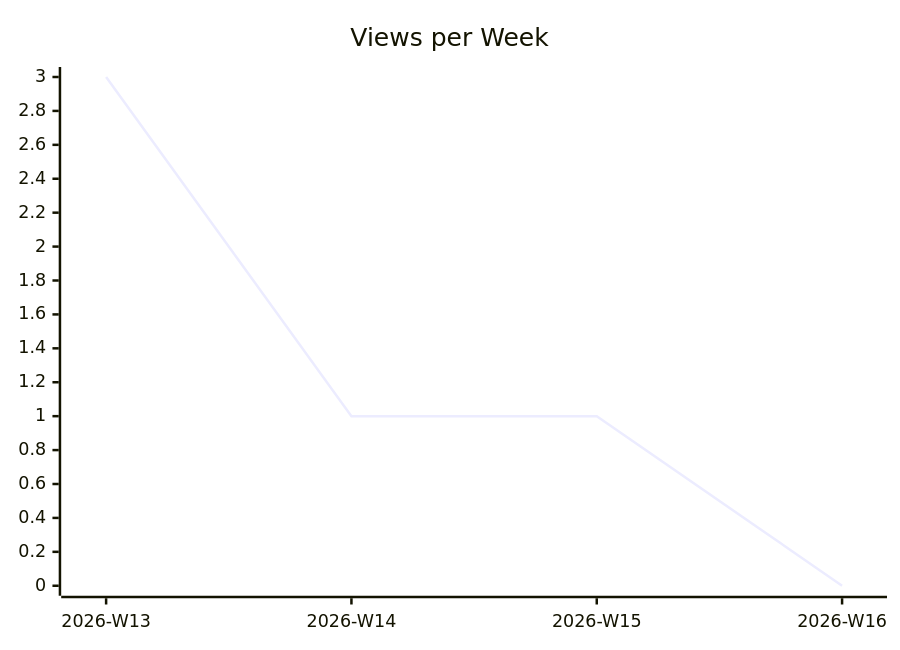
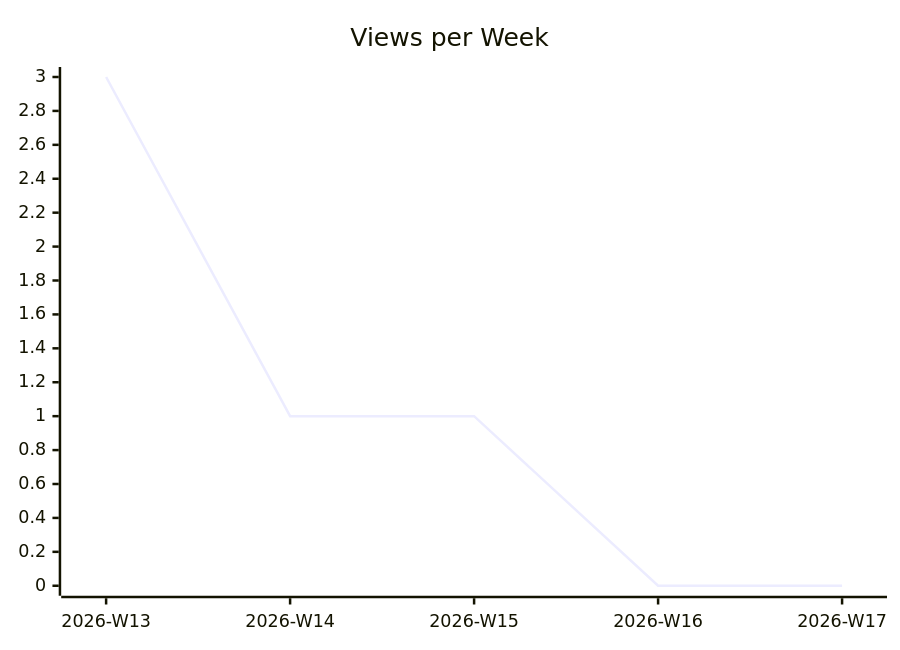
Before and after one commit to justdavis-family/github-analytics-data: the second of 3 diagrams in karlmdavis/rps-tourney/README.md, drawn with Mermaid. The commit also changed other lines of this file and 192 other files, not shown here.

````diff
--- a/karlmdavis/rps-tourney/README.md
+++ b/karlmdavis/rps-tourney/README.md
@@ -12,6 +12,6 @@
 ```mermaid
 xychart-beta
   title "Views per Week"
-  x-axis ["2026-W13", "2026-W14", "2026-W15", "2026-W16"]
-  line [3, 1, 1, 0]
+  x-axis ["2026-W13", "2026-W14", "2026-W15", "2026-W16", "2026-W17"]
+  line [3, 1, 1, 0, 0]
 ```
````
